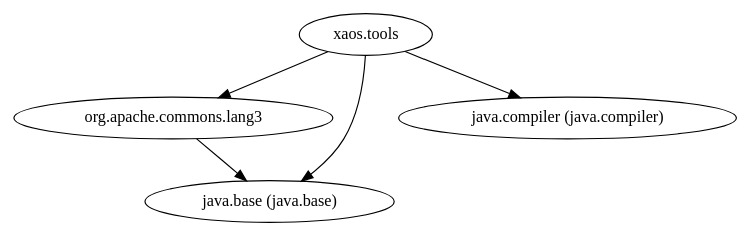
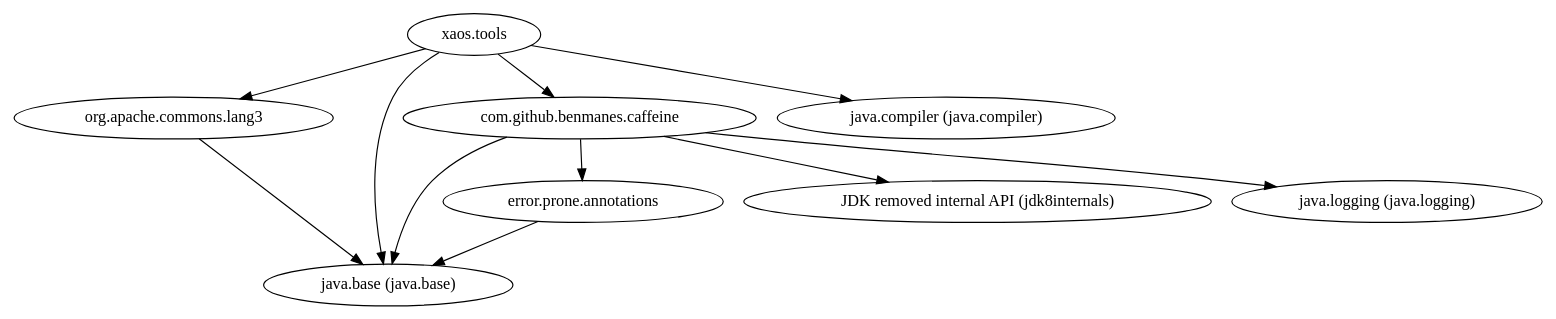
Before and after one commit to ESSICS/XAOS: the diagram in xaos.tools.module/doc/module-dependencies.dot, drawn with Graphviz. The commit also changed 19 other files, not shown here.

```diff
--- a/xaos.tools.module/doc/module-dependencies.dot
+++ b/xaos.tools.module/doc/module-dependencies.dot
@@ -1,6 +1,12 @@
 digraph "summary" {
   "org.apache.commons.lang3"                         -> "java.base (java.base)";
+  "error.prone.annotations"                          -> "java.base (java.base)";
+  "com.github.benmanes.caffeine"                     -> "JDK removed internal API (jdk8internals)";
+  "com.github.benmanes.caffeine"                     -> "error.prone.annotations";
+  "com.github.benmanes.caffeine"                     -> "java.base (java.base)";
+  "com.github.benmanes.caffeine"                     -> "java.logging (java.logging)";
+  "xaos.tools"                                       -> "com.github.benmanes.caffeine";
   "xaos.tools"                                       -> "java.base (java.base)";
   "xaos.tools"                                       -> "java.compiler (java.compiler)";
   "xaos.tools"                                       -> "org.apache.commons.lang3";
 }
```
